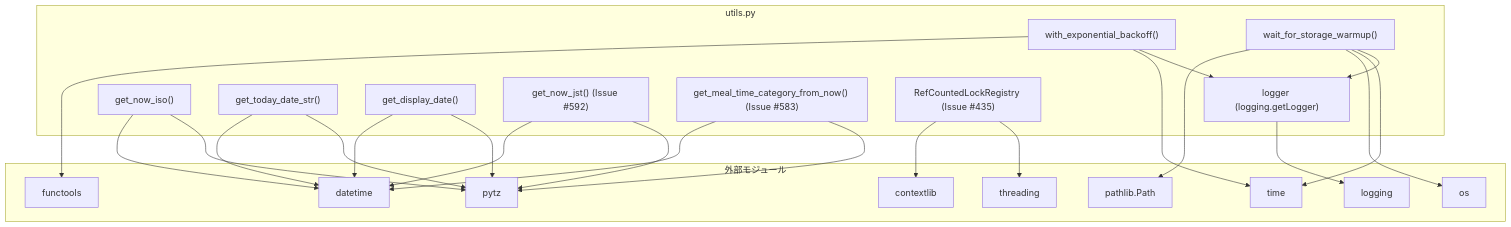
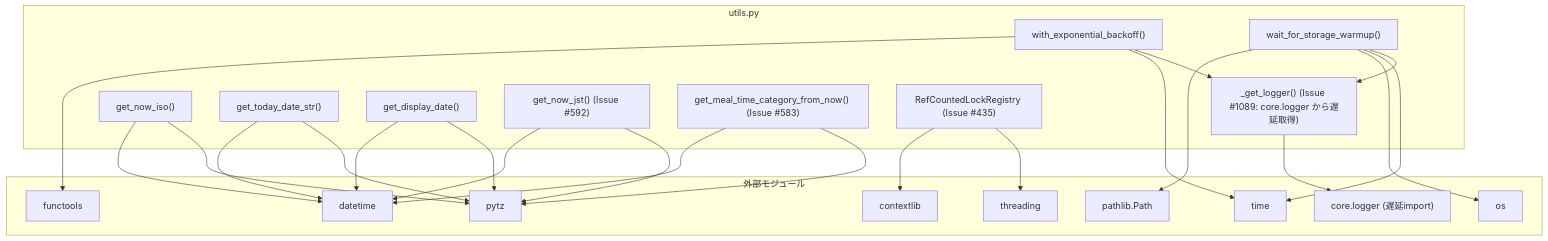
Before and after one commit to mmtigers/my_python_project: the second of 2 diagrams in docs/specifications/MY_HOME_SYSTEM/utils.md, drawn with Mermaid. The commit also changed other lines of this file and 9 other files, not shown here.

First line of the commit message:
core のロガーを core.logger 経由にし、保存失敗のエラー型と内容を home_system.log に残す (Closes #1089)

````diff
--- a/docs/specifications/MY_HOME_SYSTEM/utils.md
+++ b/docs/specifications/MY_HOME_SYSTEM/utils.md
@@ -343,52 +357,52 @@
 ```mermaid
 graph TD
     subgraph utils.py
-        logger["logger (logging.getLogger)"]
+        logger["_get_logger() (Issue #1089: core.logger から遅延取得)"]
         get_now_iso["get_now_iso()"]
         get_today_date_str["get_today_date_str()"]
         get_display_date["get_display_date()"]
         get_now_jst["get_now_jst() (Issue #592)"]
         get_meal_time_category_from_now["get_meal_time_category_from_now() (Issue #583)"]
         RefCountedLockRegistry["RefCountedLockRegistry (Issue #435)"]
         with_exponential_backoff["with_exponential_backoff()"]
         wait_for_storage_warmup["wait_for_storage_warmup()"]
     end
 
     subgraph 外部モジュール
         contextlib["contextlib"]
         datetime["datetime"]
         pytz["pytz"]
         threading["threading"]
         time["time"]
         functools["functools"]
-        logging["logging"]
+        core_logger["core.logger (遅延import)"]
         os["os"]
         pathlib["pathlib.Path"]
     end
 
     RefCountedLockRegistry --> contextlib
     RefCountedLockRegistry --> threading
 
     get_now_iso --> datetime
     get_now_iso --> pytz
     get_today_date_str --> datetime
     get_today_date_str --> pytz
     get_display_date --> datetime
     get_display_date --> pytz
     get_meal_time_category_from_now --> datetime
     get_meal_time_category_from_now --> pytz
     get_now_jst --> datetime
     get_now_jst --> pytz
 
     with_exponential_backoff --> functools
     with_exponential_backoff --> time
     with_exponential_backoff --> logger
 
     wait_for_storage_warmup --> pathlib
     wait_for_storage_warmup --> os
     wait_for_storage_warmup --> time
     wait_for_storage_warmup --> logger
 
-    logger --> logging
+    logger --> core_logger
 
 ```
````
